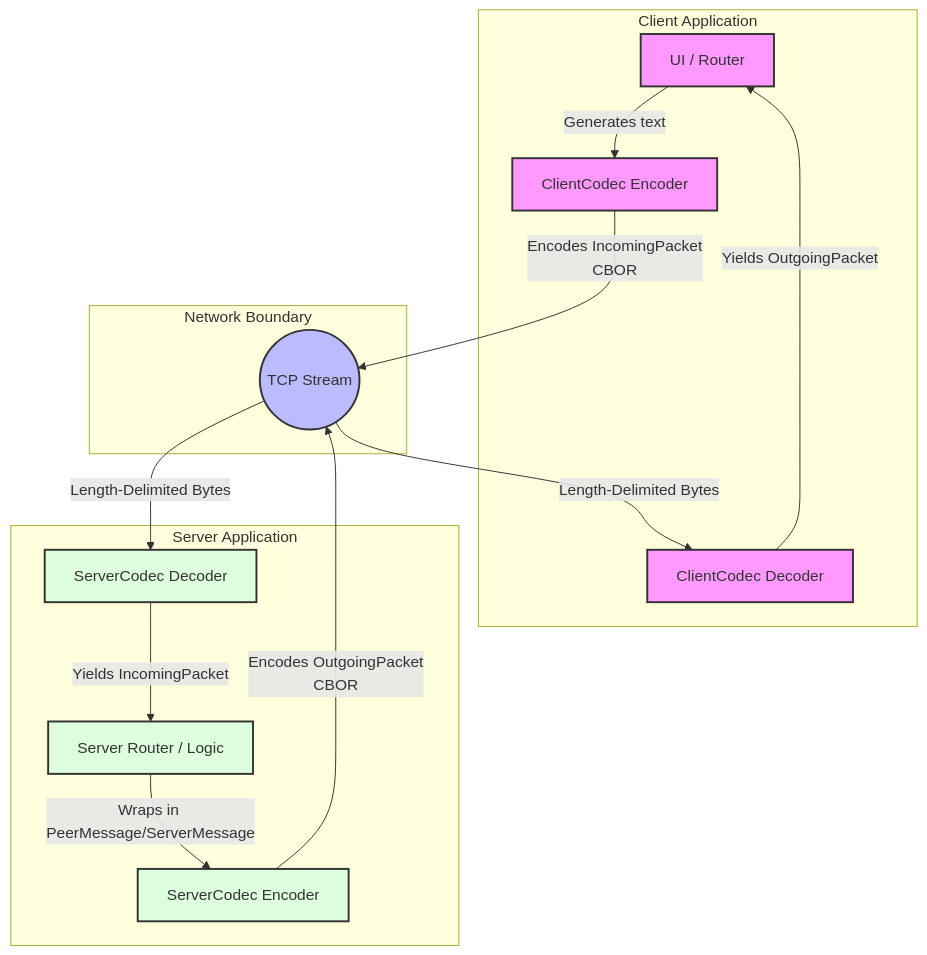
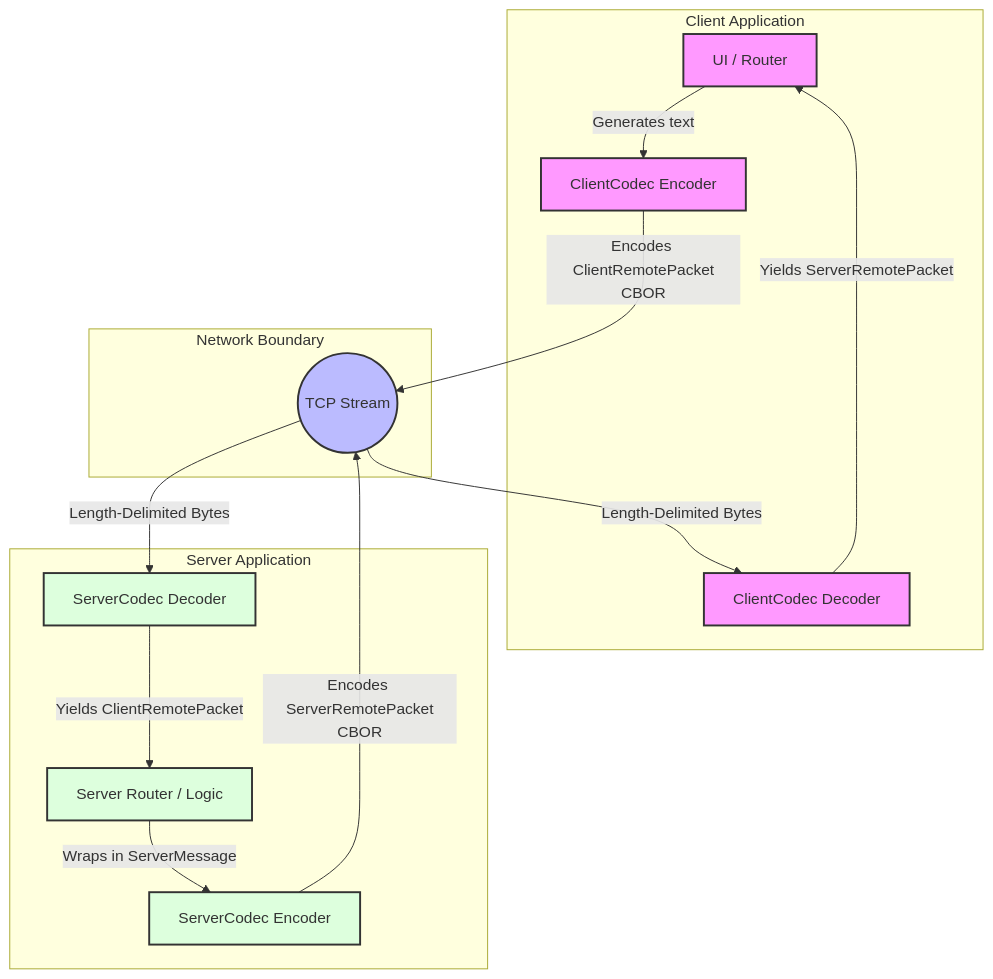
The first of 3 diagrams in README.md (eliseuv/chat), drawn with Mermaid before and after one commit. The commit also changed other lines of this file, not shown here.

````diff
--- a/README.md
+++ b/README.md
@@ -50,32 +50,32 @@
 ```mermaid
 graph TD
     classDef client fill:#f9f,stroke:#333,stroke-width:2px;
     classDef net fill:#bbf,stroke:#333,stroke-width:2px;
     classDef server fill:#dfd,stroke:#333,stroke-width:2px;
 
     subgraph "Client Application"
         CA[UI / Router]:::client
         CE[ClientCodec Encoder]:::client
         CD[ClientCodec Decoder]:::client
     end
 
     subgraph "Network Boundary"
         TCP((TCP Stream)):::net
     end
 
     subgraph "Server Application"
         SA[Server Router / Logic]:::server
         SE[ServerCodec Encoder]:::server
         SD[ServerCodec Decoder]:::server
     end
 
     CA -->|Generates text| CE
-    CE -->|Encodes IncomingPacket<br>CBOR| TCP
+    CE -->|Encodes ClientRemotePacket<br>CBOR| TCP
     TCP -->|Length-Delimited Bytes| SD
-    SD -->|Yields IncomingPacket| SA
+    SD -->|Yields ClientRemotePacket| SA
 
-    SA -->|Wraps in PeerMessage/ServerMessage| SE
-    SE -->|Encodes OutgoingPacket<br>CBOR| TCP
+    SA -->|Wraps in ServerMessage| SE
+    SE -->|Encodes ServerRemotePacket<br>CBOR| TCP
     TCP -->|Length-Delimited Bytes| CD
-    CD -->|Yields OutgoingPacket| CA
+    CD -->|Yields ServerRemotePacket| CA
 ```
````
